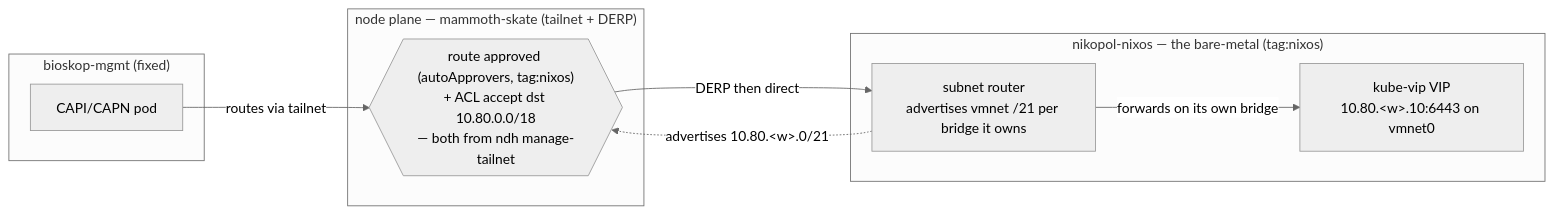
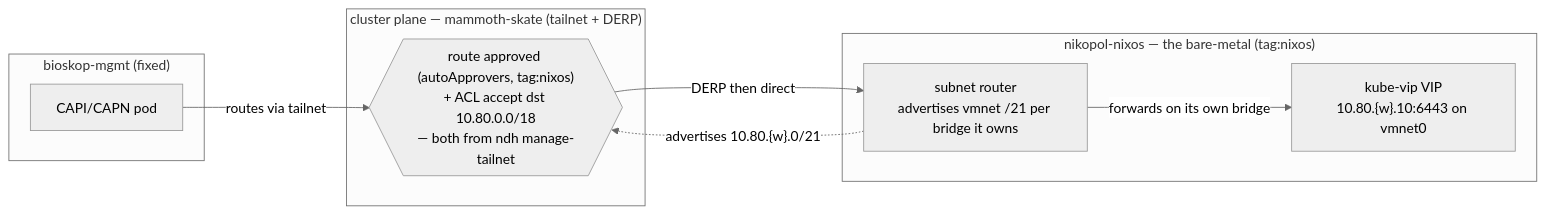
Before and after one commit to seedmatic/rke2lab: the fifth of 9 diagrams in docs/architecture/cluster-api/management-workload-topology.adoc, drawn with Mermaid (neutral theme). The commit also changed other lines of this file and 6 other files, not shown here.

```diff
--- a/docs/architecture/cluster-api/management-workload-topology.adoc
+++ b/docs/architecture/cluster-api/management-workload-topology.adoc
@@ -465,18 +460,18 @@
 [mermaid,topology-cp-endpoint-reach,svg]
 ----
 flowchart LR
   subgraph MGMT["bioskop-mgmt (fixed)"]
     CAPI["CAPI/CAPN pod"]
   end
   subgraph HOST["nikopol-nixos — the bare-metal (tag:nixos)"]
     SR["subnet router<br/>advertises vmnet /21 per bridge it owns"]
-    VIP["kube-vip VIP<br/>10.80.&lt;w&gt;.10:6443 on vmnet0"]
+    VIP["kube-vip VIP<br/>10.80.{w}.10:6443 on vmnet0"]
   end
-  subgraph TS["node plane — mammoth-skate (tailnet + DERP)"]
+  subgraph TS["cluster plane — mammoth-skate (tailnet + DERP)"]
     R{{"route approved (autoApprovers, tag:nixos)<br/>+ ACL accept dst 10.80.0.0/18<br/>— both from ndh manage-tailnet"}}
   end
-  SR -.->|advertises 10.80.&lt;w&gt;.0/21| R
+  SR -.->|"advertises 10.80.{w}.0/21"| R
   CAPI -->|routes via tailnet| R
   R -->|DERP then direct| SR
   SR -->|forwards on its own bridge| VIP
 ----
```
